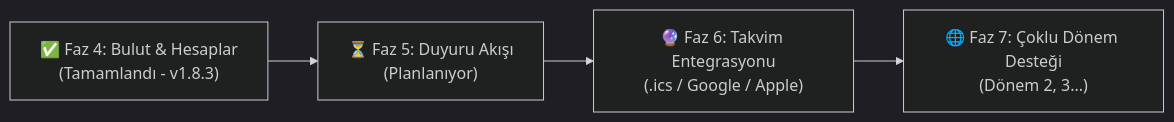
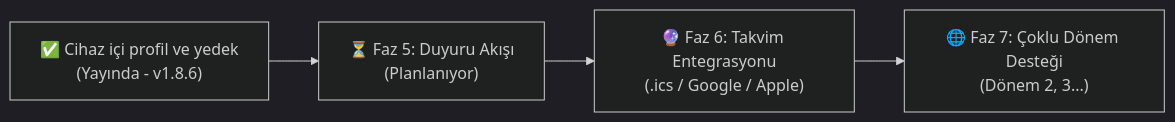
The diagram in ROADMAP.md (Enes-Somuncular/IDU-CAMPUS-PUBLIC), drawn with Mermaid (dark theme) before and after one commit. The commit also changed other lines of this file and 5 other files, not shown here.

````diff
--- a/ROADMAP.md
+++ b/ROADMAP.md
@@ -61,6 +65,6 @@
 ```mermaid
 flowchart LR
-    F4["✅ Faz 4: Bulut & Hesaplar\n(Tamamlandı - v1.8.3)"] --> F5["⏳ Faz 5: Duyuru Akışı\n(Planlanıyor)"]
+    F4["✅ Cihaz içi profil ve yedek\n(Yayında - v1.8.6)"] --> F5["⏳ Faz 5: Duyuru Akışı\n(Planlanıyor)"]
     F5 --> F6["🔮 Faz 6: Takvim Entegrasyonu\n(.ics / Google / Apple)"]
     F6 --> F7["🌐 Faz 7: Çoklu Dönem Desteği\n(Dönem 2, 3...)"]
 ```
````
